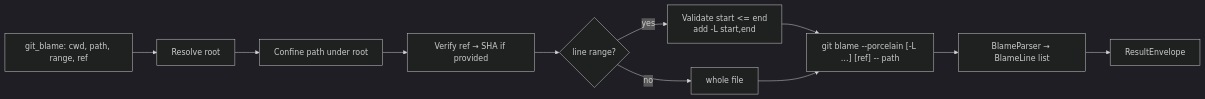
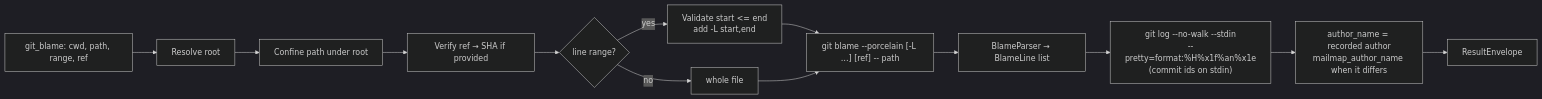
The seventh of 14 diagrams in src/RaccoonNinja.McpToolset.Server.GitOps/README.md (brenordv/mcp-toolset), drawn with Mermaid (dark theme) before and after one commit. The commit also changed other lines of this file and 24 other files, not shown here.

````diff
--- a/src/RaccoonNinja.McpToolset.Server.GitOps/README.md
+++ b/src/RaccoonNinja.McpToolset.Server.GitOps/README.md
@@ -334,13 +351,15 @@
 ```mermaid
 flowchart LR
     A[git_blame: cwd, path, range, ref] --> B[Resolve root]
     B --> C[Confine path under root]
     C --> D[Verify ref → SHA if provided]
     D --> E{line range?}
     E -- yes --> F["Validate start &lt;= end<br/>add -L start,end"]
     E -- no --> G[whole file]
     F --> H["git blame --porcelain [-L …] [ref] -- path"]
     G --> H
     H --> I[BlameParser → BlameLine list]
-    I --> J[ResultEnvelope]
+    I --> K["git log --no-walk --stdin<br/>--pretty=format:%H%x1f%an%x1e<br/>(commit ids on stdin)"]
+    K --> L[author_name = recorded author<br/>mailmap_author_name when it differs]
+    L --> J[ResultEnvelope]
 ```
````
